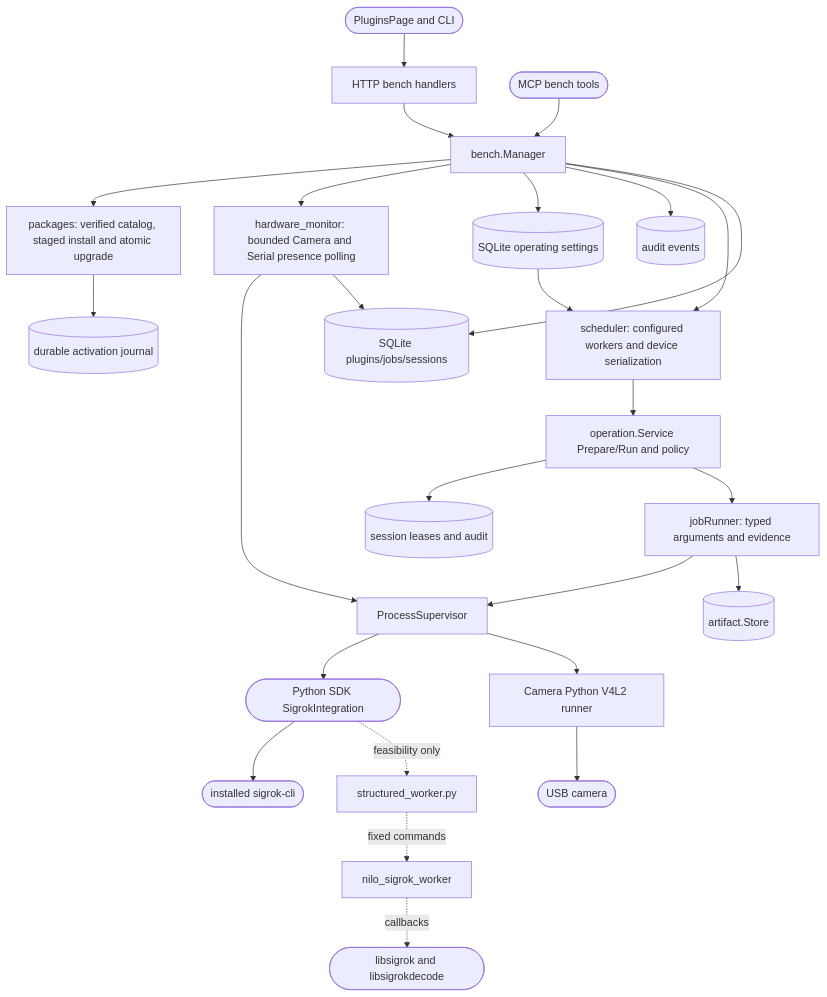
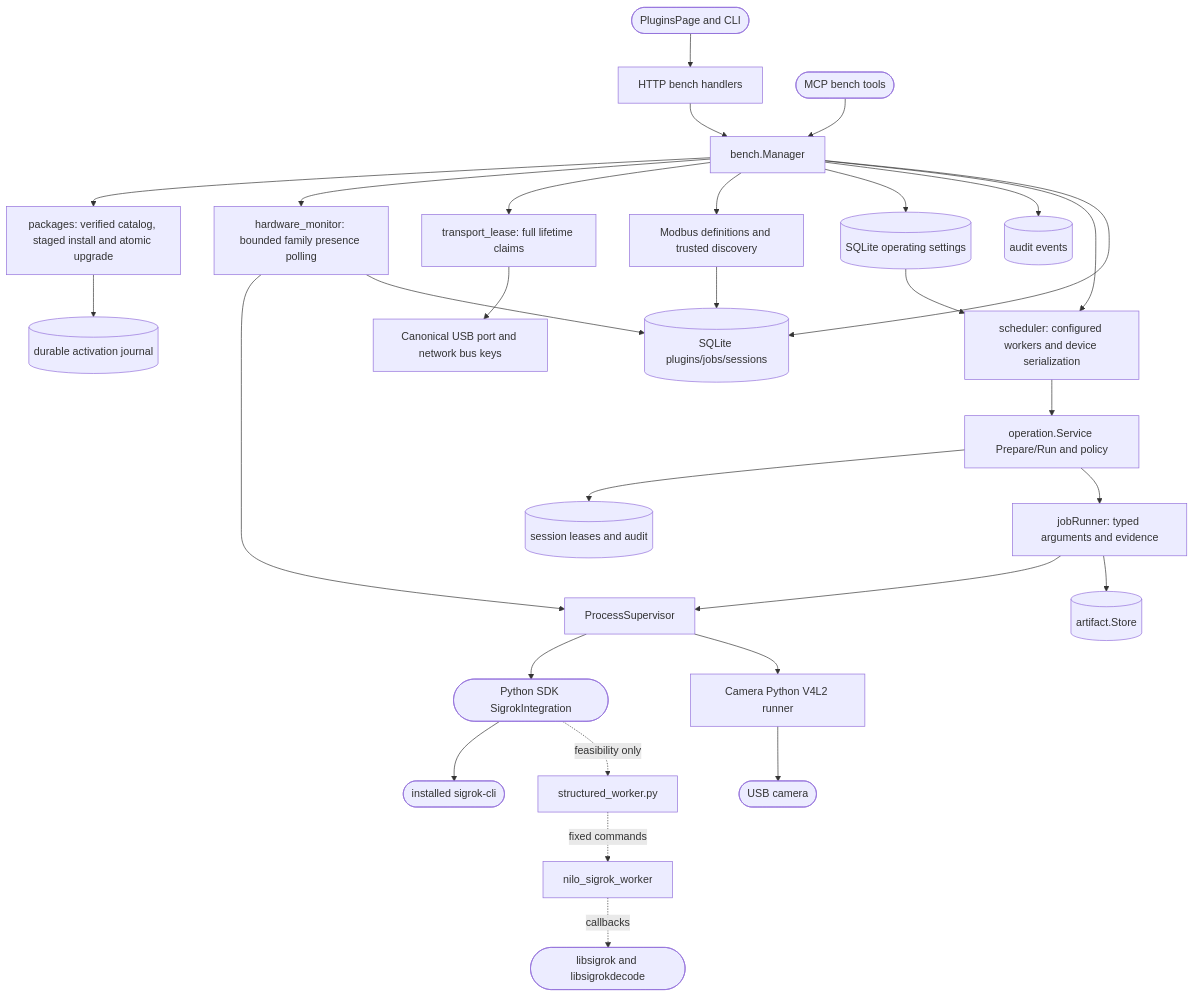
One commit to DDP-Engineering/2026_Networked_Intelligent_Lab_Orchestrator changed the diagram in .agentic/knowledge/bench-integrations.md. Above: the diagram before and after it, drawn with Mermaid. The commit also changed other lines of this file and 35 other files, not shown here.

First line of the commit message:
Implement MB-02 endpoint profiles and shared transport claims

````diff
--- a/.agentic/knowledge/bench-integrations.md
+++ b/.agentic/knowledge/bench-integrations.md
@@ -133,28 +139,32 @@
 ```mermaid
 flowchart TD
     gui([PluginsPage and CLI]) --> http[HTTP bench handlers]
     mcp([MCP bench tools]) --> manager[bench.Manager]
     http --> manager
     manager --> packages[packages: verified catalog, staged install and atomic upgrade]
     packages --> journal[(durable activation journal)]
-    manager --> monitor[hardware_monitor: bounded Camera and Serial presence polling]
+    manager --> monitor[hardware_monitor: bounded family presence polling]
     monitor --> supervisor
     monitor --> db
+    manager --> transports[transport_lease: full lifetime claims]
+    transports --> resources[Canonical USB port and network bus keys]
+    manager --> modbus[Modbus definitions and trusted discovery]
+    modbus --> db
     manager --> limits[(SQLite operating settings)]
     limits --> queue[scheduler: configured workers and device serialization]
     manager --> audit[(audit events)]
     manager --> queue
     manager --> db[(SQLite plugins/jobs/sessions)]
     queue --> operation[operation.Service Prepare/Run and policy]
     operation --> leases[(session leases and audit)]
     operation --> adapter[jobRunner: typed arguments and evidence]
     adapter --> supervisor[ProcessSupervisor]
     supervisor --> sdk([Python SDK SigrokIntegration])
     sdk --> cli([installed sigrok-cli])
     supervisor --> camera[Camera Python V4L2 runner]
     camera --> physical([USB camera])
     sdk -. feasibility only .-> structured[structured_worker.py]
     structured -. fixed commands .-> native[nilo_sigrok_worker]
     native -. callbacks .-> libraries([libsigrok and libsigrokdecode])
     adapter --> artifacts[(artifact.Store)]
 ```
````
